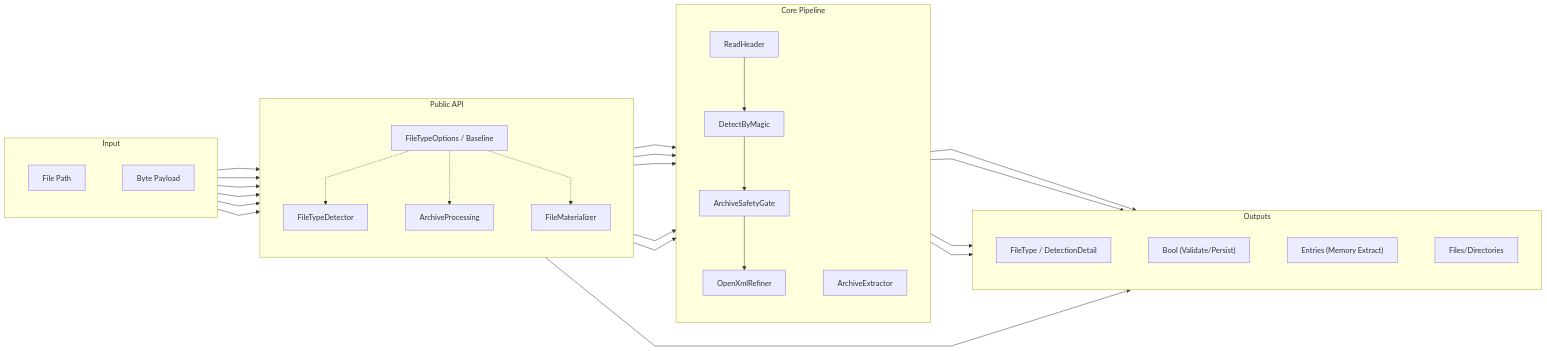
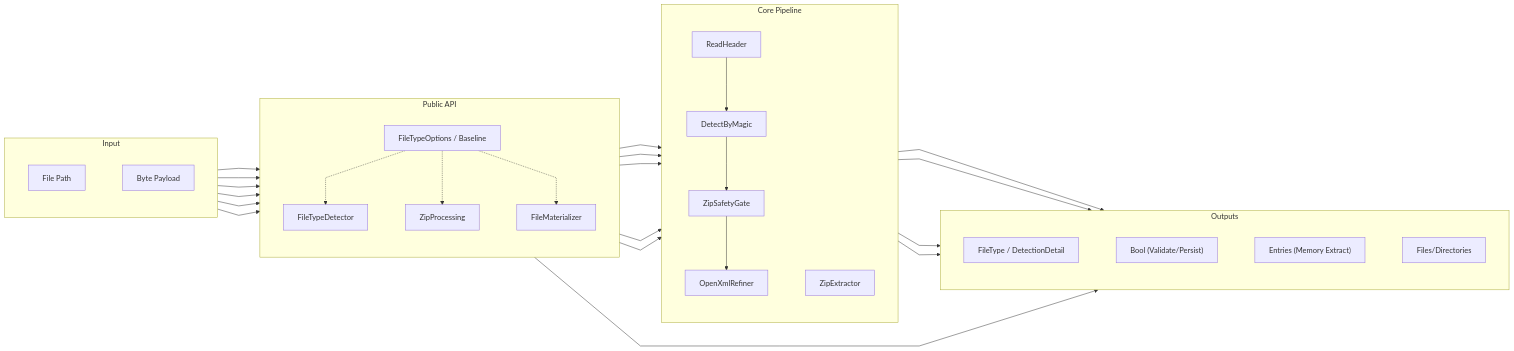
The second of 9 diagrams in docs/02_ARCHITECTURE_AND_FLOWS.md (tomtastisch/FileClassifier), drawn with Mermaid before and after one commit. The commit also changed other lines of this file and 80 other files, not shown here.

````diff
--- a/docs/02_ARCHITECTURE_AND_FLOWS.md
+++ b/docs/02_ARCHITECTURE_AND_FLOWS.md
@@ -51,52 +47,52 @@
 ```mermaid
 %%{init: {"flowchart": {"curve": "linear", "nodeSpacing": 80, "rankSpacing": 90}, "themeVariables": {"fontSize": "16px"}}}%%
 flowchart LR
   subgraph INPUT["Input"]
     direction TB
     INP["File Path"]
     INB["Byte Payload"]
   end
 
   subgraph API["Public API"]
     direction TB
     A1["FileTypeDetector"]
-    A2["ArchiveProcessing"]
+    A2["ZipProcessing"]
     A3["FileMaterializer"]
     A4["FileTypeOptions / Baseline"]
   end
 
   subgraph CORE["Core Pipeline"]
     direction TB
     C1["ReadHeader"]
     C1B["DetectByMagic"]
-    C2["ArchiveSafetyGate"]
+    C2["ZipSafetyGate"]
     C3["OpenXmlRefiner"]
-    C4["ArchiveExtractor"]
+    C4["ZipExtractor"]
   end
 
   subgraph OUT["Outputs"]
     direction TB
     O1["FileType / DetectionDetail"]
     O2["Bool (Validate/Persist)"]
     O3["Entries (Memory Extract)"]
     O4["Files/Directories"]
   end
 
   INP --> A1
   INB --> A1
   INP --> A2
   INB --> A2
   INP --> A3
   INB --> A3
 
   A1 --> C1 --> C1B --> C2 --> C3 --> O1
   A2 --> C2 --> O2
   A2 --> C4 --> O3
   A3 --> C2
   A3 --> C4 --> O4
   A3 --> O2
 
   A4 -.-> A1
   A4 -.-> A2
   A4 -.-> A3
 ```
````
